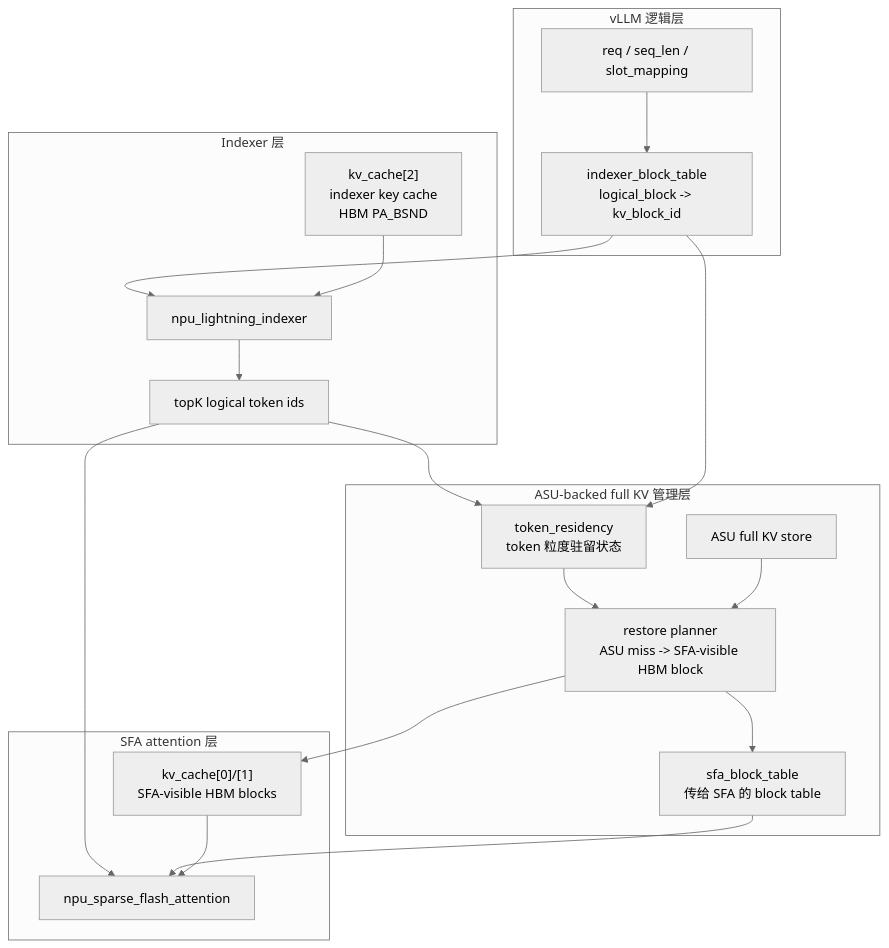
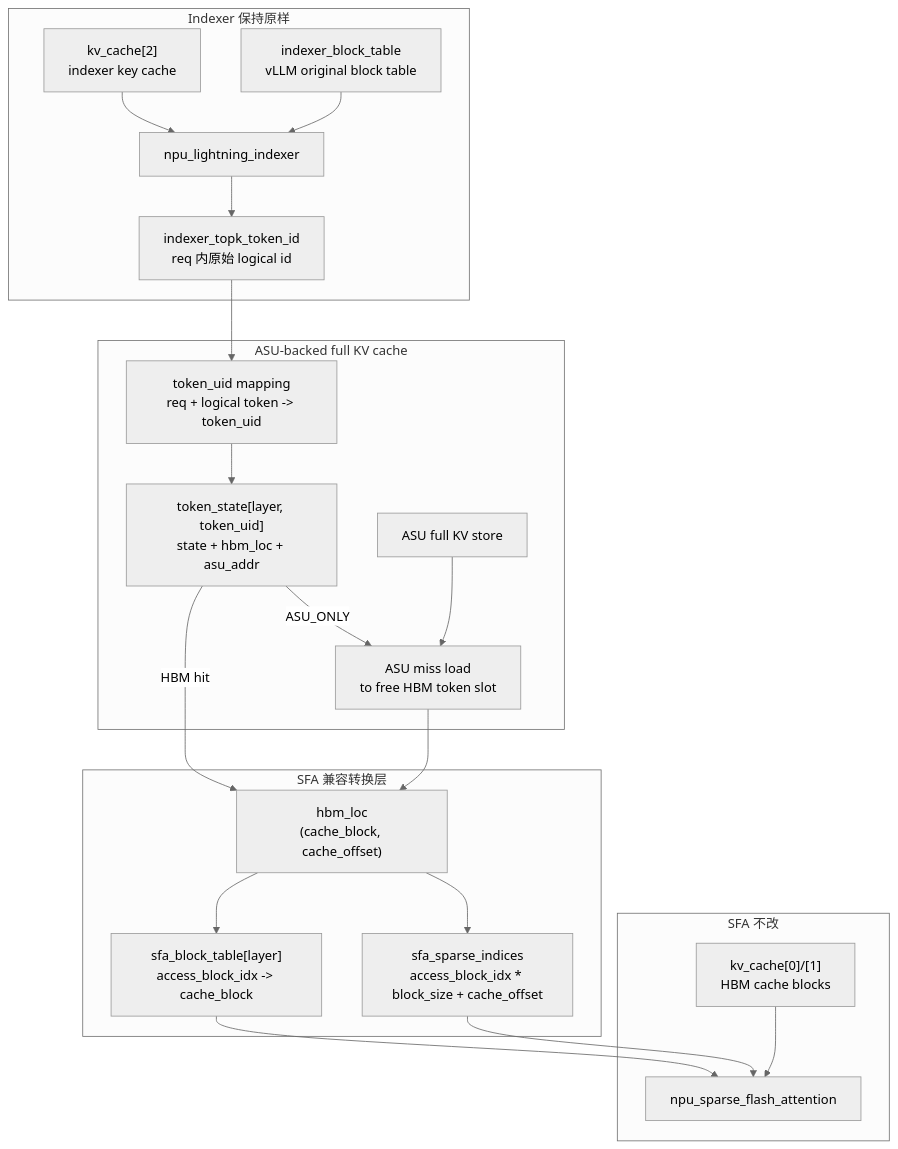
The first of 6 diagrams in docs/draft/2026-06-02-npu-hbm-kvcache-management-draft.md (ykfnxx/ASU-Ascend), drawn with Mermaid (neutral theme) before and after one commit. The commit also changed other lines of this file, not shown here.

Commit message:
Refine KVCache token-state SFA remap design

````diff
--- a/docs/draft/2026-06-02-npu-hbm-kvcache-management-draft.md
+++ b/docs/draft/2026-06-02-npu-hbm-kvcache-management-draft.md
@@ -163,39 +176,42 @@
 ```mermaid
 flowchart TB
-    subgraph V["vLLM 逻辑层"]
-        R["req / seq_len / slot_mapping"]
-        BT["indexer_block_table<br/>logical_block -> kv_block_id"]
+    subgraph I["Indexer 保持原样"]
+        K2["kv_cache[2]<br/>indexer key cache"]
+        IBT["indexer_block_table<br/>vLLM original block table"]
+        IDX["npu_lightning_indexer"]
+        TOPK["indexer_topk_token_id<br/>req 内原始 logical id"]
     end
 
-    subgraph I["Indexer 层"]
-        K2["kv_cache[2]<br/>indexer key cache<br/>HBM PA_BSND"]
-        IDX["npu_lightning_indexer"]
-        TOPK["topK logical token ids"]
+    subgraph C["ASU-backed full KV cache"]
+        MAP["token_uid mapping<br/>req + logical token -> token_uid"]
+        STATE["token_state[layer, token_uid]<br/>state + hbm_loc + asu_addr"]
+        ASU["ASU full KV store"]
+        LOAD["ASU miss load<br/>to free HBM token slot"]
     end
 
-    subgraph C["ASU-backed full KV 管理层"]
-        RES["token_residency<br/>token 粒度驻留状态"]
-        ASU["ASU full KV store"]
-        REST["restore planner<br/>ASU miss -> SFA-visible HBM block"]
-        SBT["sfa_block_table<br/>传给 SFA 的 block table"]
+    subgraph T["SFA 兼容转换层"]
+        LOC["hbm_loc<br/>(cache_block, cache_offset)"]
+        SBT["sfa_block_table[layer]<br/>access_block_idx -> cache_block"]
+        SID["sfa_sparse_indices<br/>access_block_idx * block_size + cache_offset"]
     end
 
-    subgraph A["SFA attention 层"]
-        K01["kv_cache[0]/[1]<br/>SFA-visible HBM blocks"]
+    subgraph S["SFA 不改"]
+        K01["kv_cache[0]/[1]<br/>HBM cache blocks"]
         SFA["npu_sparse_flash_attention"]
     end
 
-    R --> BT
-    BT --> IDX
     K2 --> IDX
+    IBT --> IDX
     IDX --> TOPK
-    TOPK --> RES
-    BT --> RES
-    RES --> REST
-    ASU --> REST
-    REST --> K01
-    REST --> SBT
-    TOPK --> SFA
+    TOPK --> MAP
+    MAP --> STATE
+    STATE -- "HBM hit" --> LOC
+    STATE -- "ASU_ONLY" --> LOAD
+    ASU --> LOAD
+    LOAD --> LOC
+    LOC --> SBT
+    LOC --> SID
     SBT --> SFA
+    SID --> SFA
     K01 --> SFA
 ```
````
